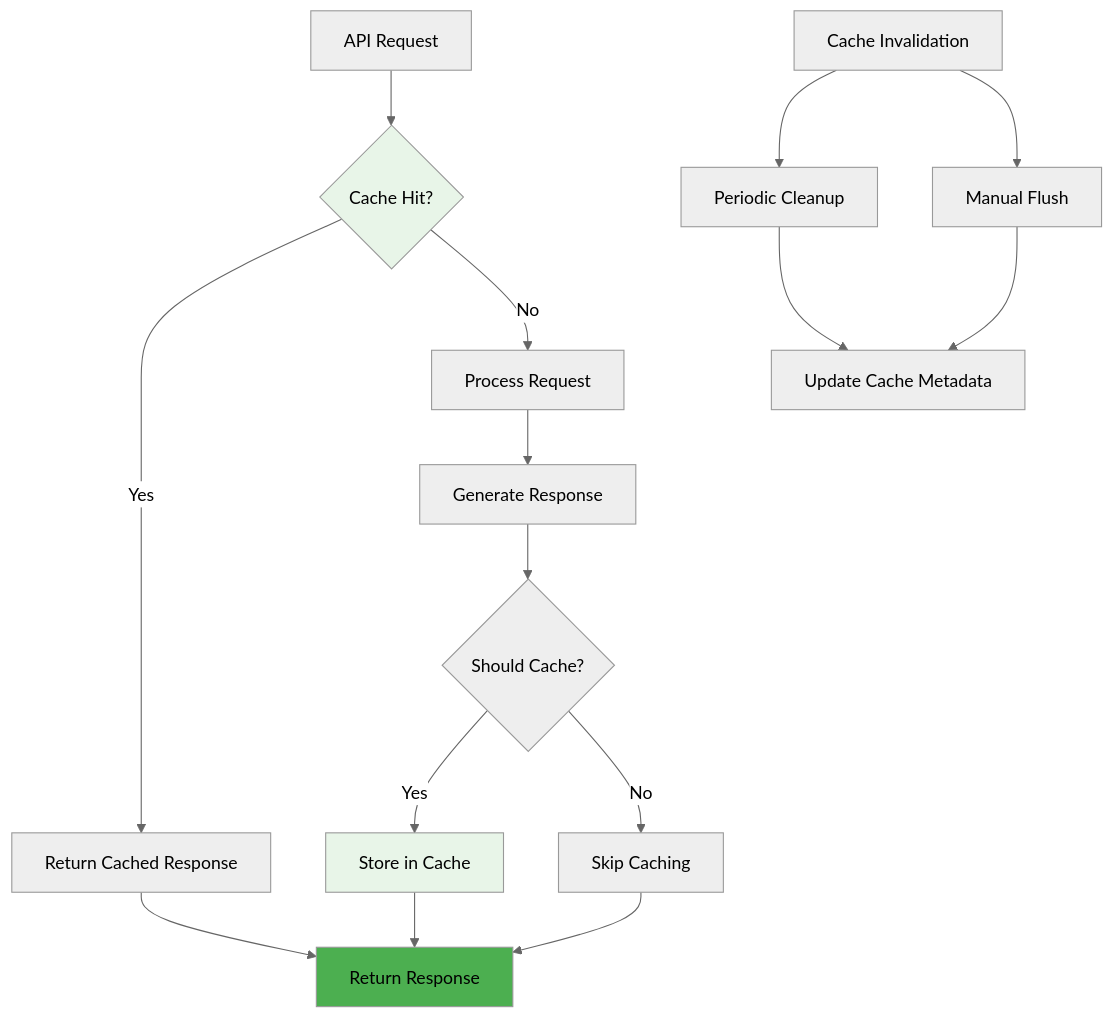
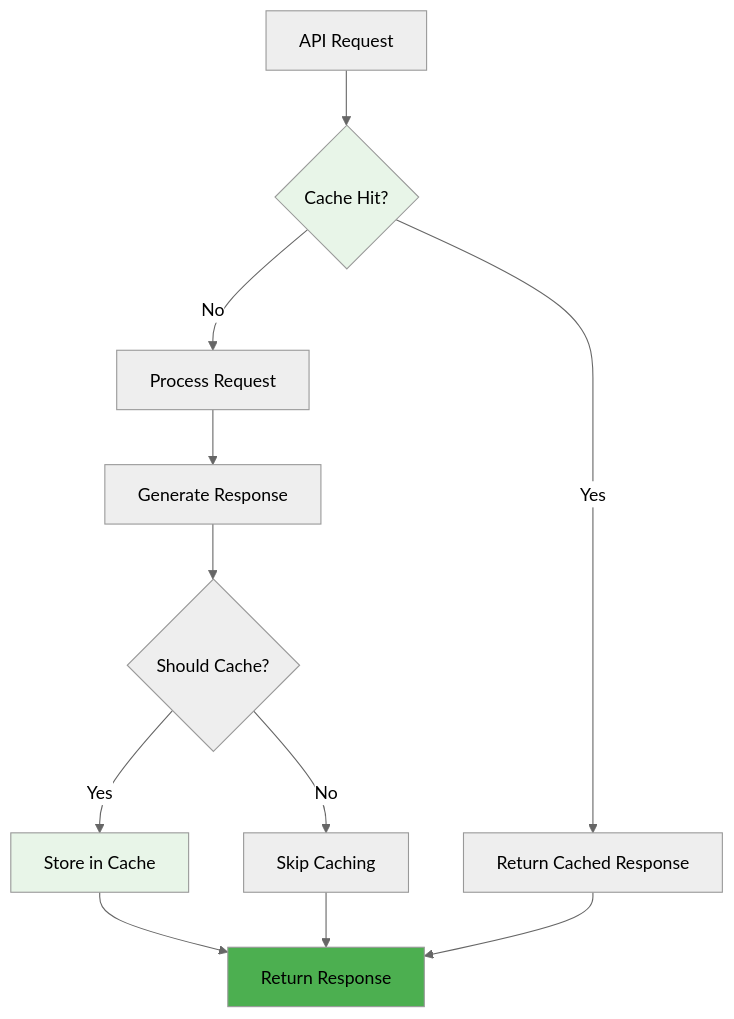
Before and after one commit to sank29mane/growin-app: the eighth of 11 diagrams in ARCHITECTURE.md, drawn with Mermaid (neutral theme). The commit also changed other lines of this file and 44 other files, not shown here.

Commit message:
refactor(api): implement pydantic schemas and enforce GBP normalization

````diff
--- a/ARCHITECTURE.md
+++ b/ARCHITECTURE.md
@@ -745,24 +342,19 @@
 ```mermaid
 graph TD
     A[API Request] --> B{Cache Hit?}
     B -->|Yes| C[Return Cached Response]
     B -->|No| D[Process Request]
 
     D --> E[Generate Response]
     E --> F{Should Cache?}
     F -->|Yes| G[Store in Cache]
     F -->|No| H[Skip Caching]
 
     G --> I[Return Response]
     H --> I
     C --> I
 
-    J[Cache Invalidation] --> K[Periodic Cleanup]
-    J --> L[Manual Flush]
-    K --> M[Update Cache Metadata]
-    L --> M
-
     style B fill:#e8f5e8
     style G fill:#e8f5e8
     style I fill:#4caf50
 ```
````
